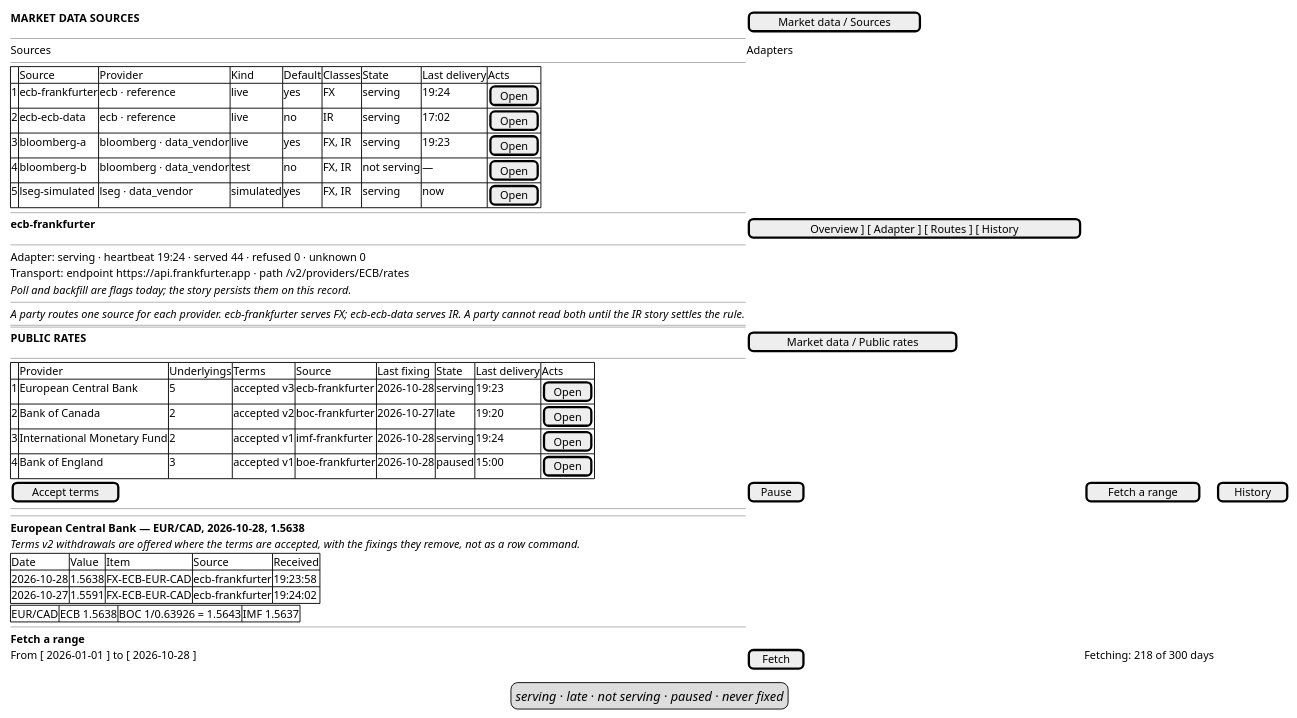
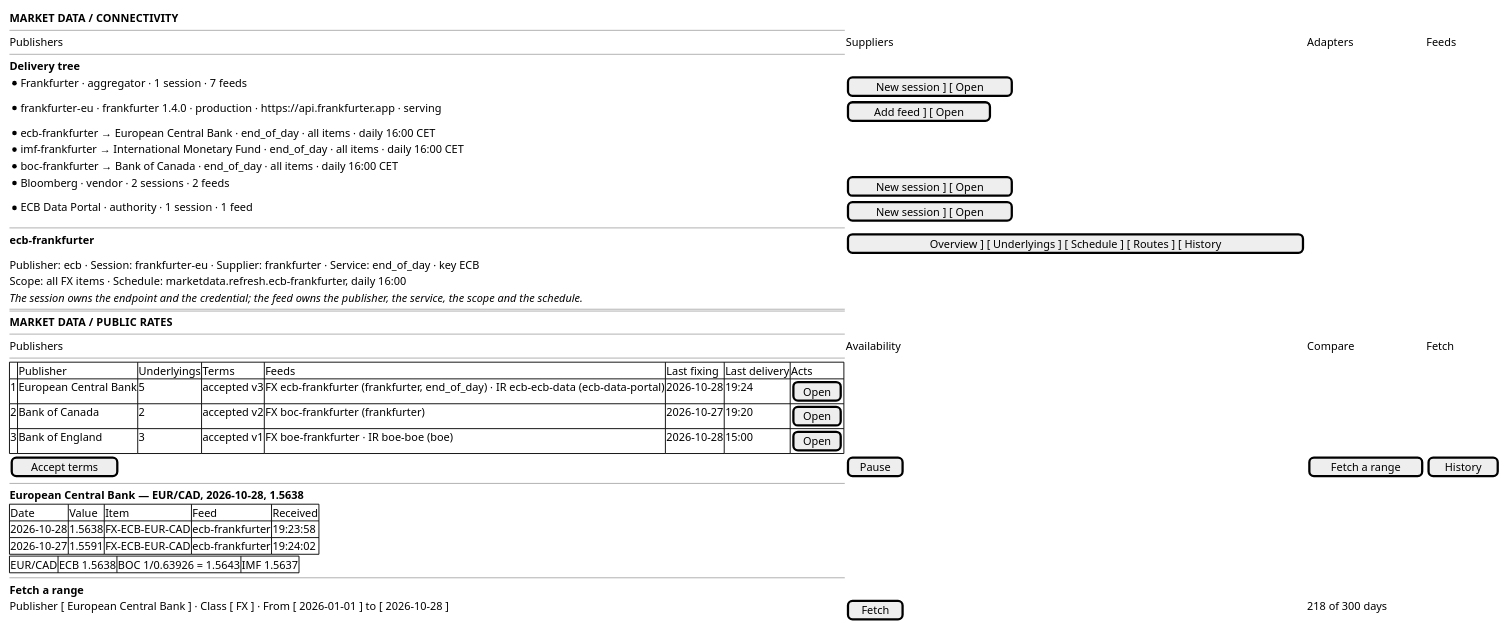
Before and after one commit to OreStudio/OreStudio: the diagram in doc/knowledge/journeys/market_data/wireframe_run-the-public-sources.puml, drawn with PlantUML. The commit also changed 15 other files, not shown here.

First line of the commit message:
[doc] Introduce the supplier and the service, and rebuild the prototypes

```diff
--- a/doc/knowledge/journeys/market_data/wireframe_run-the-public-sources.puml
+++ b/doc/knowledge/journeys/market_data/wireframe_run-the-public-sources.puml
@@ -18,54 +18,49 @@
 @startuml
 
 salt
 {
-  <b>MARKET DATA SOURCES</b> | [ Market data / Sources ]
+  <b>MARKET DATA / CONNECTIVITY</b>
   --
-  Sources | Adapters
+  Publishers | Suppliers | Adapters | Feeds
+  --
+  <b>Delivery tree</b>
+  * Frankfurter · aggregator · 1 session · 7 feeds | [ New session ] [ Open ]
+    * frankfurter-eu · frankfurter 1.4.0 · production · https://api.frankfurter.app · serving | [ Add feed ] [ Open ]
+      * ecb-frankfurter → European Central Bank · end_of_day · all items · daily 16:00 CET
+      * imf-frankfurter → International Monetary Fund · end_of_day · all items · daily 16:00 CET
+      * boc-frankfurter → Bank of Canada · end_of_day · all items · daily 16:00 CET
+  * Bloomberg · vendor · 2 sessions · 2 feeds | [ New session ] [ Open ]
+  * ECB Data Portal · authority · 1 session · 1 feed | [ New session ] [ Open ]
+  --
+  <b>ecb-frankfurter</b> | [ Overview ] [ Underlyings ] [ Schedule ] [ Routes ] [ History ]
+  Publisher: ecb · Session: frankfurter-eu · Supplier: frankfurter · Service: end_of_day · key ECB
+  Scope: all FX items · Schedule: marketdata.refresh.ecb-frankfurter, daily 16:00
+  <i>The session owns the endpoint and the credential; the feed owns the publisher, the service, the scope and the schedule.</i>
+  ==
+  <b>MARKET DATA / PUBLIC RATES</b>
+  --
+  Publishers | Availability | Compare | Fetch
   --
   {#
-    . | Source | Provider | Kind | Default | Classes | State | Last delivery | Acts
-    1 | ecb-frankfurter | ecb · reference | live | yes | FX | serving | 19:24 | [ Open ]
-    2 | ecb-ecb-data | ecb · reference | live | no | IR | serving | 17:02 | [ Open ]
-    3 | bloomberg-a | bloomberg · data_vendor | live | yes | FX, IR | serving | 19:23 | [ Open ]
-    4 | bloomberg-b | bloomberg · data_vendor | test | no | FX, IR | not serving | — | [ Open ]
-    5 | lseg-simulated | lseg · data_vendor | simulated | yes | FX, IR | serving | now | [ Open ]
-  }
-  --
-  <b>ecb-frankfurter</b> | [ Overview ] [ Adapter ] [ Routes ] [ History ]
-  --
-  Adapter: serving · heartbeat 19:24 · served 44 · refused 0 · unknown 0
-  Transport: endpoint https://api.frankfurter.app · path /v2/providers/ECB/rates
-  <i>Poll and backfill are flags today; the story persists them on this record.</i>
-  --
-  <i>A party routes one source for each provider. ecb-frankfurter serves FX; ecb-ecb-data serves IR. A party cannot read both until the IR story settles the rule.</i>
-  ==
-  <b>PUBLIC RATES</b> | [ Market data / Public rates ]
-  --
-  {#
-    . | Provider | Underlyings | Terms | Source | Last fixing | State | Last delivery | Acts
-    1 | European Central Bank | 5 | accepted v3 | ecb-frankfurter | 2026-10-28 | serving | 19:23 | [ Open ]
-    2 | Bank of Canada | 2 | accepted v2 | boc-frankfurter | 2026-10-27 | late | 19:20 | [ Open ]
-    3 | International Monetary Fund | 2 | accepted v1 | imf-frankfurter | 2026-10-28 | serving | 19:24 | [ Open ]
-    4 | Bank of England | 3 | accepted v1 | boe-frankfurter | 2026-10-28 | paused | 15:00 | [ Open ]
+    . | Publisher | Underlyings | Terms | Feeds | Last fixing | Last delivery | Acts
+    1 | European Central Bank | 5 | accepted v3 | FX ecb-frankfurter (frankfurter, end_of_day) · IR ecb-ecb-data (ecb-data-portal) | 2026-10-28 | 19:24 | [ Open ]
+    2 | Bank of Canada | 2 | accepted v2 | FX boc-frankfurter (frankfurter) | 2026-10-27 | 19:20 | [ Open ]
+    3 | Bank of England | 3 | accepted v1 | FX boe-frankfurter · IR boe-boe (boe) | 2026-10-28 | 15:00 | [ Open ]
   }
   [ Accept terms ] | [ Pause ] | [ Fetch a range ] | [ History ]
   --
-  Legend: <i>serving</i> · <i>late</i> · <i>not serving</i> · <i>paused</i> · <i>never fixed</i>
-  --
   <b>European Central Bank — EUR/CAD, 2026-10-28, 1.5638</b>
-  <i>Terms v2 withdrawals are offered where the terms are accepted, with the fixings they remove, not as a row command.</i>
   {#
-    Date | Value | Item | Source | Received
+    Date | Value | Item | Feed | Received
     2026-10-28 | 1.5638 | FX-ECB-EUR-CAD | ecb-frankfurter | 19:23:58
     2026-10-27 | 1.5591 | FX-ECB-EUR-CAD | ecb-frankfurter | 19:24:02
   }
   {#
     EUR/CAD | ECB 1.5638 | BOC 1/0.63926 = 1.5643 | IMF 1.5637
   }
   --
   <b>Fetch a range</b>
-  From [ 2026-01-01 ] to [ 2026-10-28 ] | [ Fetch ] | Fetching: 218 of 300 days
+  Publisher [ European Central Bank ] · Class [ FX ] · From [ 2026-01-01 ] to [ 2026-10-28 ] | [ Fetch ] | 218 of 300 days
 }
 
 @enduml
```
